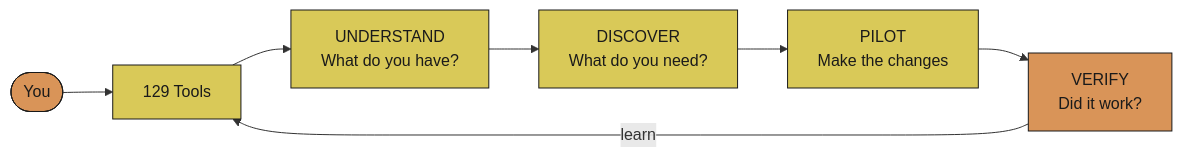
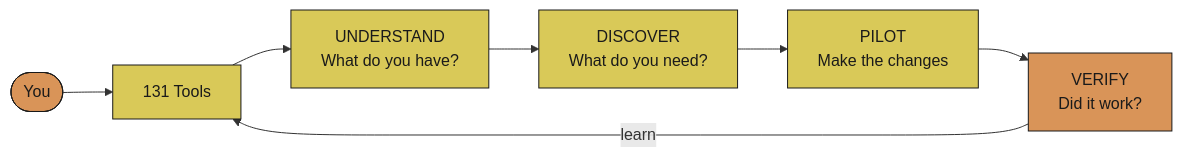
Before and after one commit to JosephOIbrahim/Comfy-Cozy: the eighth of 33 diagrams in README.md, drawn with Mermaid. The commit also changed other lines of this file, not shown here.

First line of the commit message:
[VERIFY] docs: README + provider diagram — NVIDIA Nemotron + runtime model swap

````diff
--- a/README.md
+++ b/README.md
@@ -570,14 +601,14 @@
 ```mermaid
 graph LR
-    You([You]) --> Agent[129 Tools]
+    You([You]) --> Agent[131 Tools]
     Agent --> Understand[UNDERSTAND<br/>What do you have?]
     Understand --> Discover[DISCOVER<br/>What do you need?]
     Discover --> Pilot[PILOT<br/>Make the changes]
     Pilot --> Verify[VERIFY<br/>Did it work?]
     Verify -->|learn| Agent
 
     classDef orange fill:#d99458,color:#1a1a1a,stroke:#1a1a1a
     classDef yellow fill:#d9c958,color:#1a1a1a,stroke:#1a1a1a
     class You,Verify orange
     class Understand,Discover,Pilot,Agent yellow
 ```
````
